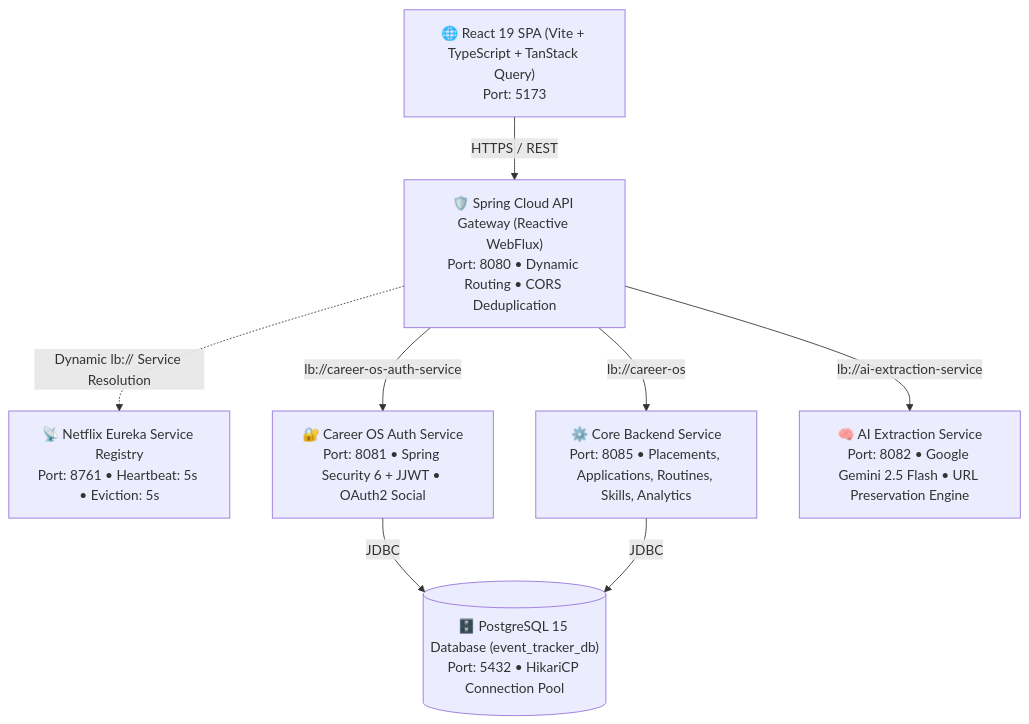
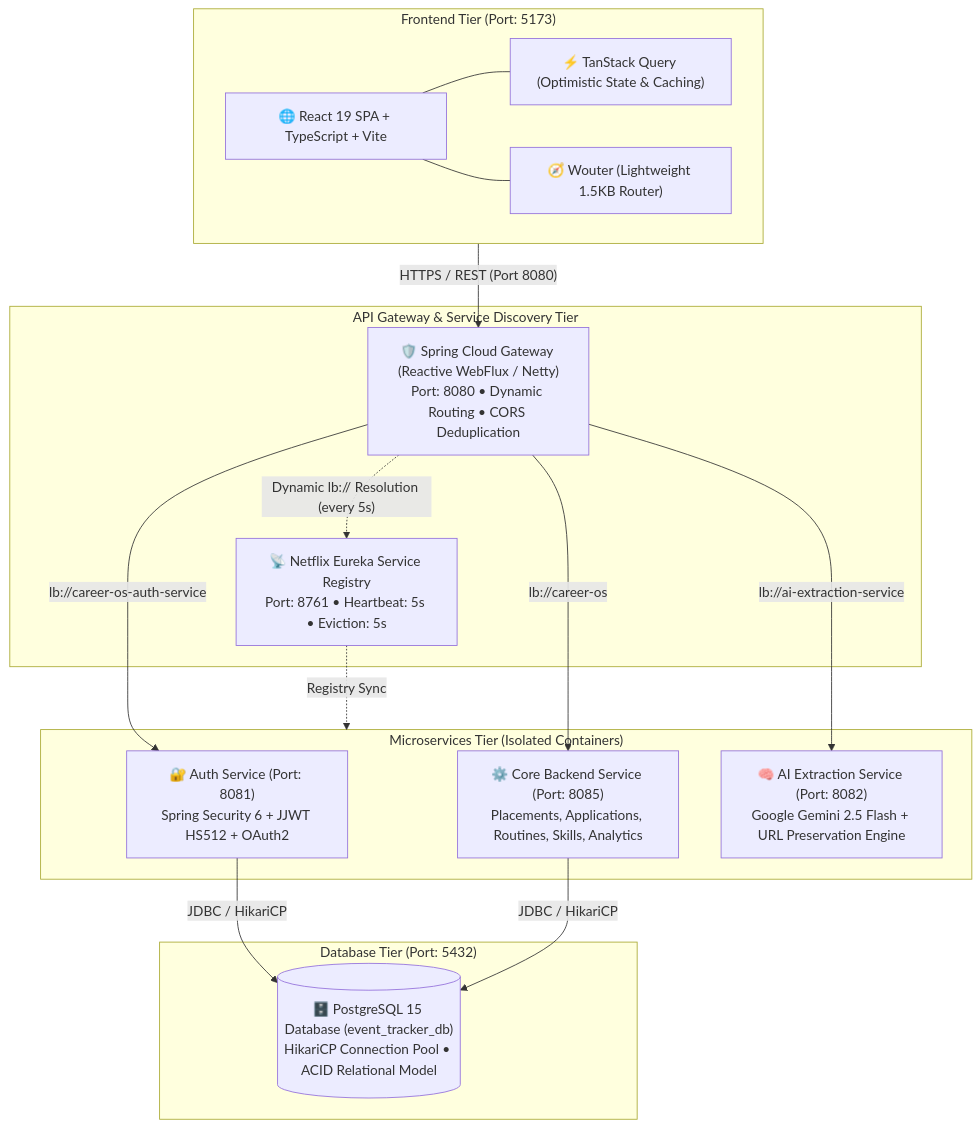
One commit to rohithgowda18/Notes changed the first of 4 diagrams in 09-Projects/Career OS - Distributed Microservices Platform.md. Above: the diagram before and after it, drawn with Mermaid. The commit also changed other lines of this file, not shown here.

Commit message:
style(career-os): harmonize design layout with Drive Verify and YT_ChatBot dossiers

````diff
--- a/09-Projects/Career OS - Distributed Microservices Platform.md
+++ b/09-Projects/Career OS - Distributed Microservices Platform.md
@@ -68,24 +47,36 @@
 ```mermaid
 flowchart TD
-    Web["🌐 React 19 SPA (Vite + TypeScript + TanStack Query)<br/>Port: 5173"]
+    subgraph Client ["Frontend Tier (Port: 5173)"]
+        UI["🌐 React 19 SPA + TypeScript + Vite"]
+        RQ["⚡ TanStack Query (Optimistic State & Caching)"]
+        Router["🧭 Wouter (Lightweight 1.5KB Router)"]
+        UI --- RQ
+        UI --- Router
+    end
 
-    Gateway["🛡️ Spring Cloud API Gateway (Reactive WebFlux)<br/>Port: 8080 &bull; Dynamic Routing &bull; CORS Deduplication"]
+    subgraph Edge ["API Gateway & Service Discovery Tier"]
+        GW["🛡️ Spring Cloud Gateway (Reactive WebFlux / Netty)<br/>Port: 8080 &bull; Dynamic Routing &bull; CORS Deduplication"]
+        Eureka["📡 Netflix Eureka Service Registry<br/>Port: 8761 &bull; Heartbeat: 5s &bull; Eviction: 5s"]
+    end
 
-    Eureka["📡 Netflix Eureka Service Registry<br/>Port: 8761 &bull; Heartbeat: 5s &bull; Eviction: 5s"]
+    subgraph Services ["Microservices Tier (Isolated Containers)"]
+        Auth["🔐 Auth Service (Port: 8081)<br/>Spring Security 6 + JJWT HS512 + OAuth2"]
+        Backend["⚙️ Core Backend Service (Port: 8085)<br/>Placements, Applications, Routines, Skills, Analytics"]
+        AI["🧠 AI Extraction Service (Port: 8082)<br/>Google Gemini 2.5 Flash + URL Preservation Engine"]
+    end
 
-    Auth["🔐 Career OS Auth Service<br/>Port: 8081 &bull; Spring Security 6 + JJWT &bull; OAuth2 Social"]
-    Backend["⚙️ Core Backend Service<br/>Port: 8085 &bull; Placements, Applications, Routines, Skills, Analytics"]
-    AI["🧠 AI Extraction Service<br/>Port: 8082 &bull; Google Gemini 2.5 Flash &bull; URL Preservation Engine"]
+    subgraph Storage ["Database Tier (Port: 5432)"]
+        DB[("🗄️ PostgreSQL 15 Database (event_tracker_db)<br/>HikariCP Connection Pool &bull; ACID Relational Model")]
+    end
 
-    DB[("🗄️ PostgreSQL 15 Database (event_tracker_db)<br/>Port: 5432 &bull; HikariCP Connection Pool")]
+    Client -->|"HTTPS / REST (Port 8080)"| GW
+    GW -.->|"Dynamic lb:// Resolution (every 5s)"| Eureka
+    Eureka -.->|"Registry Sync"| Services
 
-    Web -->|"HTTPS / REST"| Gateway
-    Gateway -.->|"Dynamic lb:// Service Resolution"| Eureka
+    GW -->|"lb://career-os-auth-service"| Auth
+    GW -->|"lb://career-os"| Backend
+    GW -->|"lb://ai-extraction-service"| AI
 
-    Gateway -->|"lb://career-os-auth-service"| Auth
-    Gateway -->|"lb://career-os"| Backend
-    Gateway -->|"lb://ai-extraction-service"| AI
-
-    Auth -->|"JDBC"| DB
-    Backend -->|"JDBC"| DB
+    Auth -->|"JDBC / HikariCP"| DB
+    Backend -->|"JDBC / HikariCP"| DB
 ```
````
